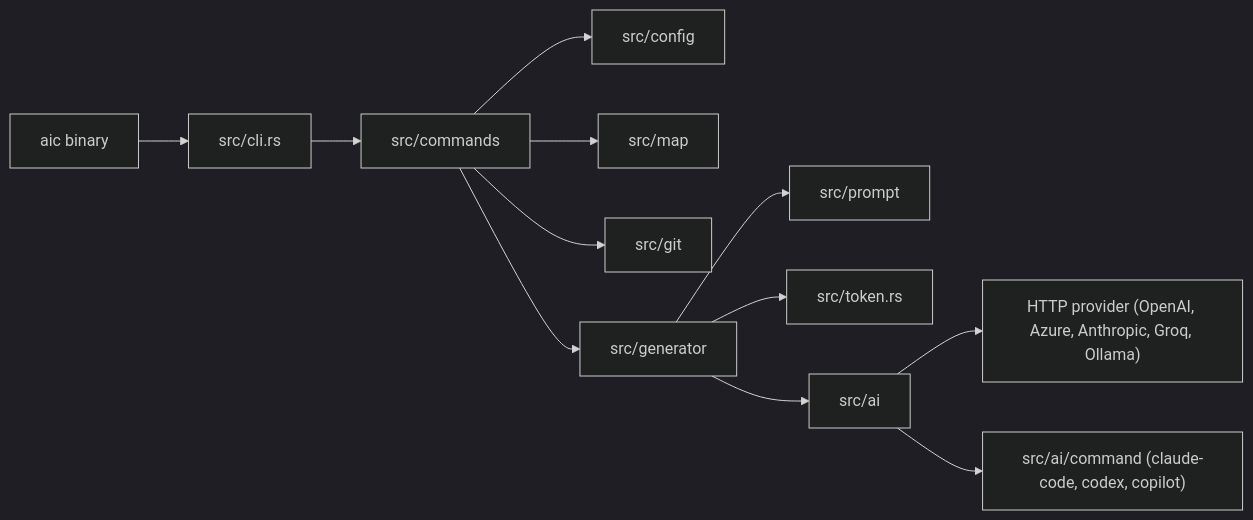
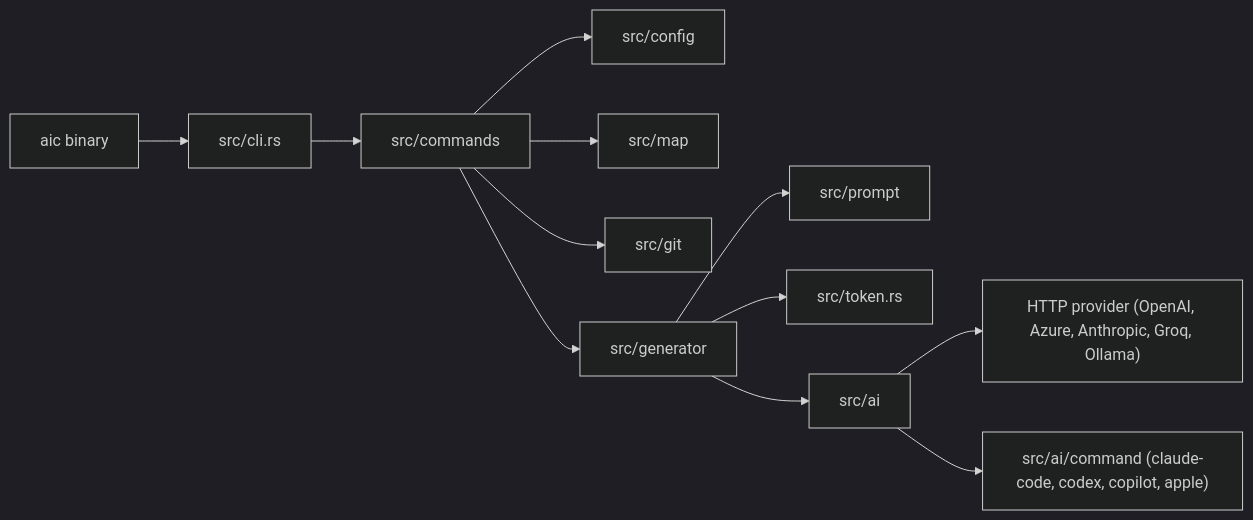
The first of 2 diagrams in docs/architecture.md (BUR4KBEY/aicommit), drawn with Mermaid (dark theme) before and after one commit. The commit also changed other lines of this file and 20 other files, not shown here.

````diff
--- a/docs/architecture.md
+++ b/docs/architecture.md
@@ -23,14 +23,14 @@
 ```mermaid
 flowchart LR
     Bin["aic binary"] --> Cli["src/cli.rs"]
     Cli --> Commands["src/commands"]
     Commands --> Config["src/config"]
     Commands --> Map["src/map"]
     Commands --> Git["src/git"]
     Commands --> Generator["src/generator"]
     Generator --> Prompt["src/prompt"]
     Generator --> Token["src/token.rs"]
     Generator --> Ai["src/ai"]
     Ai --> HTTP["HTTP provider (OpenAI, Azure, Anthropic, Groq, Ollama)"]
-    Ai --> Command["src/ai/command (claude-code, codex, copilot)"]
+    Ai --> Command["src/ai/command (claude-code, codex, copilot, apple)"]
 ```
````
